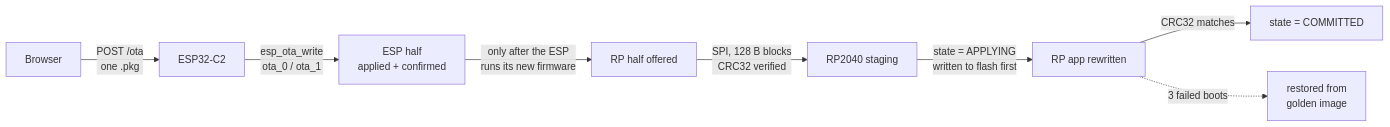
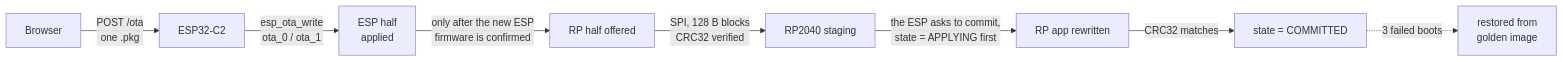
One commit to therealdreg/okhi changed the diagram in README.md. Above: the diagram before and after it, drawn with Mermaid. The commit also changed other lines of this file and 370 other files, not shown here.

````diff
--- a/README.md
+++ b/README.md
@@ -860,10 +2201,10 @@
 ```mermaid
 flowchart LR
     B["Browser"] -->|"POST /ota<br/>one .pkg"| E["ESP32-C2"]
-    E -->|"esp_ota_write<br/>ota_0 / ota_1"| E2["ESP half<br/>applied + confirmed"]
-    E2 -->|"only after the ESP<br/>runs its new firmware"| S["RP half offered"]
+    E -->|"esp_ota_write<br/>ota_0 / ota_1"| E2["ESP half<br/>applied"]
+    E2 -->|"only after the new ESP<br/>firmware is confirmed"| S["RP half offered"]
     S -->|"SPI, 128 B blocks<br/>CRC32 verified"| R["RP2040 staging"]
-    R -->|"state = APPLYING<br/>written to flash first"| A["RP app rewritten"]
+    R -->|"the ESP asks to commit,<br/>state = APPLYING first"| A["RP app rewritten"]
     A -->|"CRC32 matches"| C["state = COMMITTED"]
-    A -.->|"3 failed boots"| G["restored from<br/>golden image"]
+    C -.->|"3 failed boots"| G["restored from<br/>golden image"]
 ```
````
